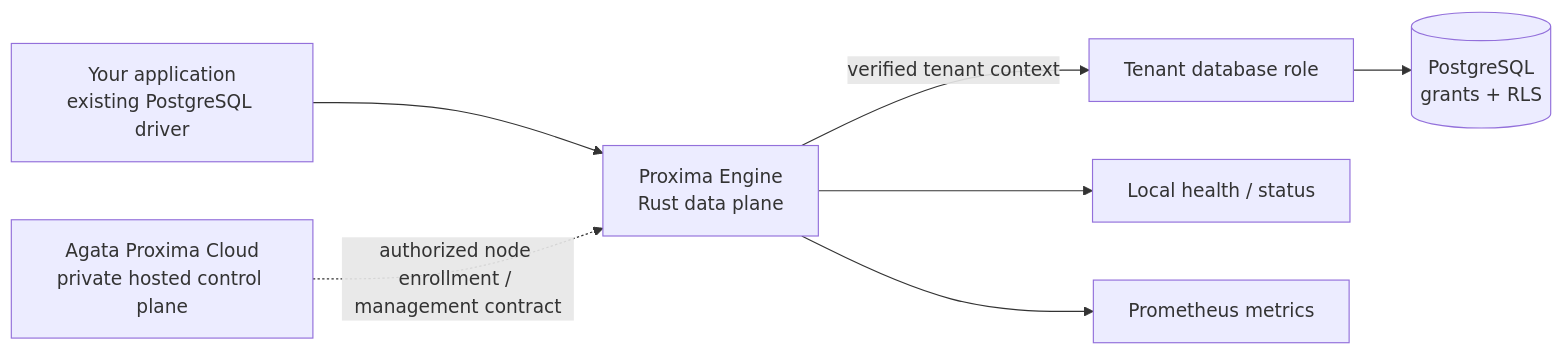
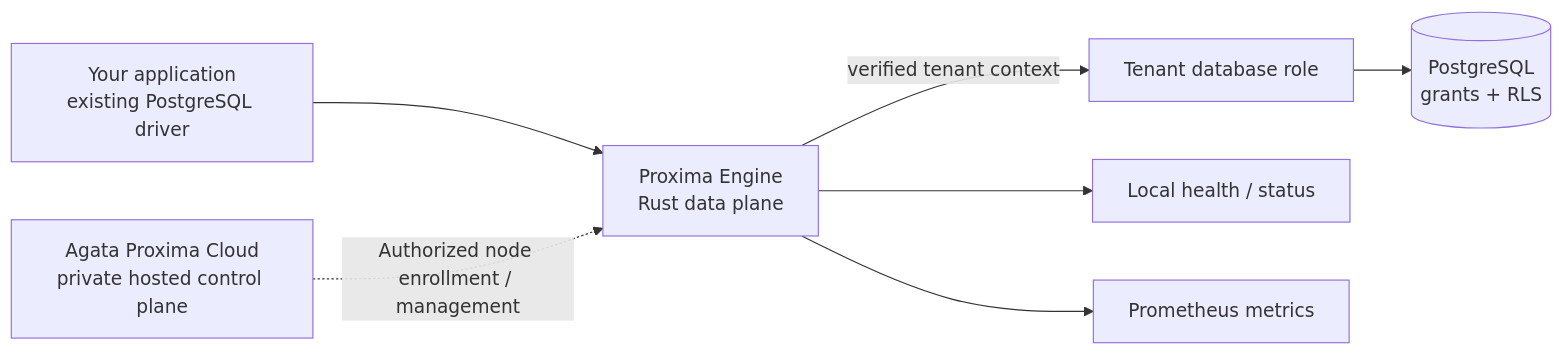
Before and after one commit to Agata-Proxima/proxima-engine: the first of 2 diagrams in README.md, drawn with Mermaid. The commit also changed other lines of this file and 1 other file, not shown here.

First line of the commit message:
docs: complete public Engine architecture diagrams (#7)

````diff
--- a/README.md
+++ b/README.md
@@ -30,9 +30,9 @@
 ```mermaid
 flowchart LR
     U["Your application<br/>existing PostgreSQL driver"] --> E["Proxima Engine<br/>Rust data plane"]
     E -->|verified tenant context| R["Tenant database role"]
     R --> P[("PostgreSQL<br/>grants + RLS")]
     E --> H["Local health / status"]
     E --> M["Prometheus metrics"]
-    C["Agata Proxima Cloud<br/>private hosted control plane"] -. "authorized node enrollment / management contract" .-> E
+    C["Agata Proxima Cloud<br/>private hosted control plane"] -.->|"Authorized node enrollment / management"| E
 ```
````
